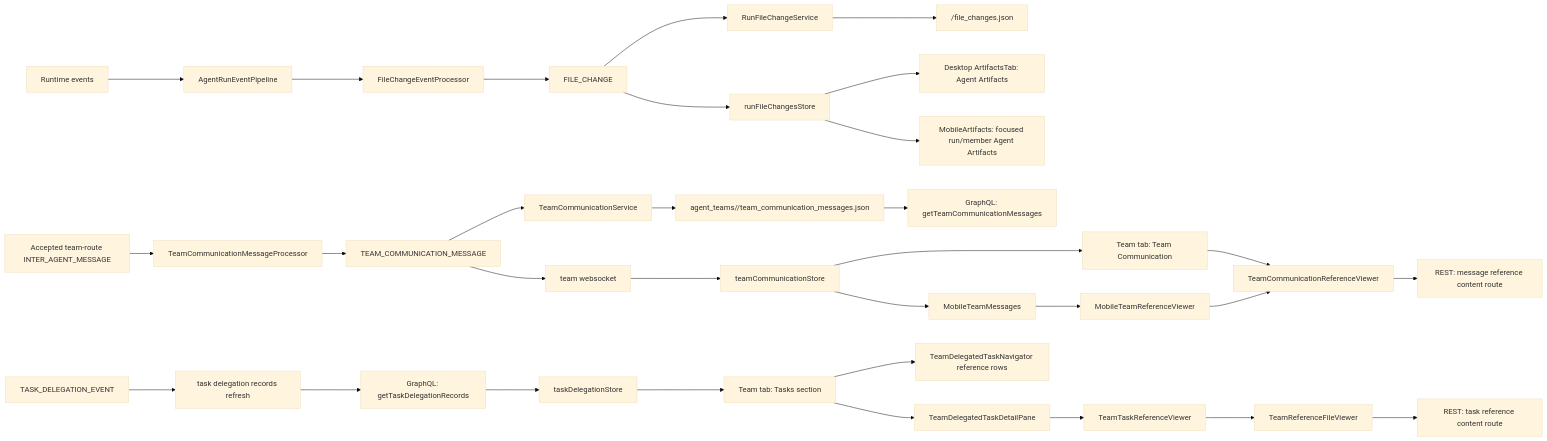
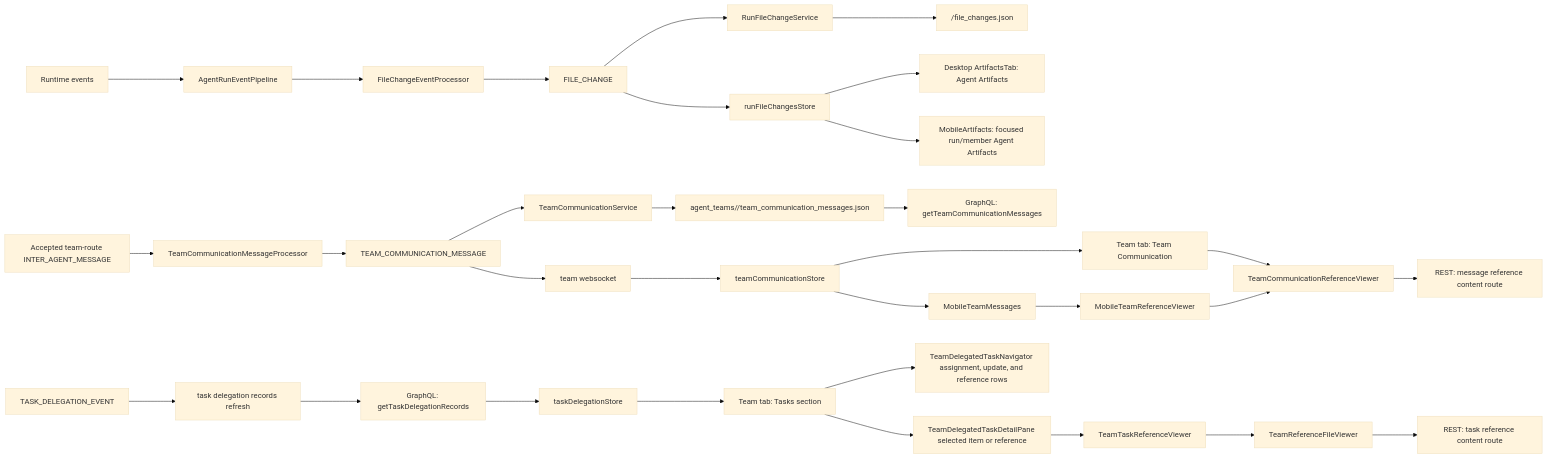
Before and after one commit to AutoByteus/autobyteus-workspace: the diagram in autobyteus-web/docs/agent_artifacts.md, drawn with Mermaid (base theme). The commit also changed other lines of this file and 103 other files, not shown here.

Commit message:
chore(delivery): finalize team task conversation UI

````diff
--- a/autobyteus-web/docs/agent_artifacts.md
+++ b/autobyteus-web/docs/agent_artifacts.md
@@ -187,35 +191,35 @@
 ```mermaid
 flowchart LR
   A[Runtime events] --> B[AgentRunEventPipeline]
   B --> C[FileChangeEventProcessor]
   C --> D[FILE_CHANGE]
   D --> E[RunFileChangeService]
   E --> F[<run-memory-dir>/file_changes.json]
   D --> G[runFileChangesStore]
   G --> H[Desktop ArtifactsTab: Agent Artifacts]
   G --> U[MobileArtifacts: focused run/member Agent Artifacts]
 
   I[Accepted team-route INTER_AGENT_MESSAGE] --> J[TeamCommunicationMessageProcessor]
   J --> K[TEAM_COMMUNICATION_MESSAGE]
   K --> L[TeamCommunicationService]
   L --> N[agent_teams/<teamRunId>/team_communication_messages.json]
   K --> M[team websocket]
   M --> P[teamCommunicationStore]
   N --> O[GraphQL: getTeamCommunicationMessages]
   P --> R[Team tab: Team Communication]
   R --> S[TeamCommunicationReferenceViewer]
   S --> T[REST: message reference content route]
   P --> V[MobileTeamMessages]
   V --> W[MobileTeamReferenceViewer]
   W --> S
 
   X[TASK_DELEGATION_EVENT] --> Y[task delegation records refresh]
   Y --> YA[GraphQL: getTaskDelegationRecords]
   YA --> YB[taskDelegationStore]
   YB --> Z[Team tab: Tasks section]
-  Z --> ZA[TeamDelegatedTaskNavigator reference rows]
-  Z --> AA[TeamDelegatedTaskDetailPane]
+  Z --> ZA[TeamDelegatedTaskNavigator assignment, update, and reference rows]
+  Z --> AA[TeamDelegatedTaskDetailPane selected item or reference]
   AA --> AB[TeamTaskReferenceViewer]
   AB --> AC[TeamReferenceFileViewer]
   AC --> AD[REST: task reference content route]
 ```
````
